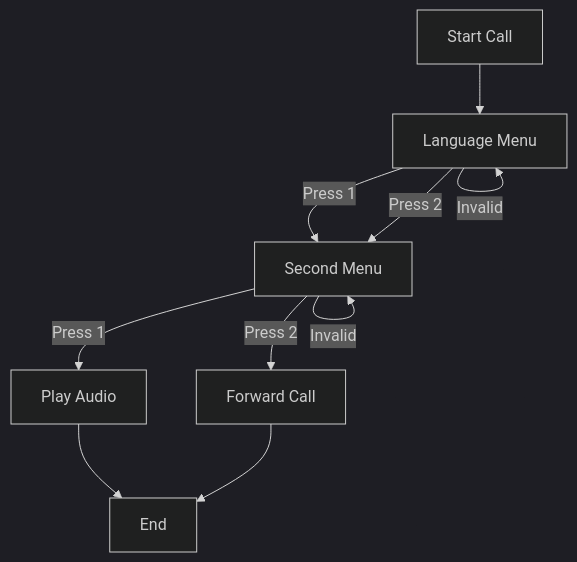
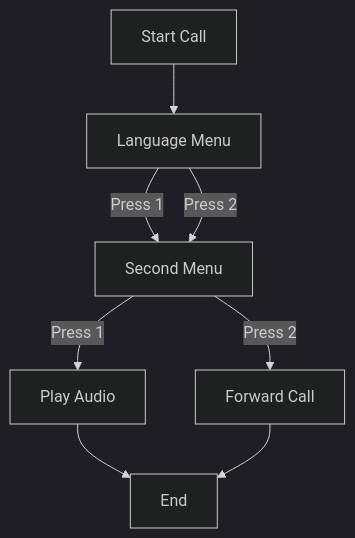
The second of 2 diagrams in README.md (Abhinav-Varma/plivo_assignment), drawn with Mermaid (dark theme) before and after one commit. The commit also changed other lines of this file, not shown here.

First line of the commit message:
Remove high-level architecture diagram

````diff
--- a/README.md
+++ b/README.md
@@ -106,15 +92,13 @@
 ```mermaid
 flowchart TD
     A[Start Call] --> B[Language Menu]
 
     B -->|Press 1| C[Second Menu]
     B -->|Press 2| C[Second Menu]
-    B -->|Invalid| B
 
     C -->|Press 1| D[Play Audio]
     C -->|Press 2| E[Forward Call]
-    C -->|Invalid| C
 
     D --> F[End]
     E --> F[End]
 ```
````
